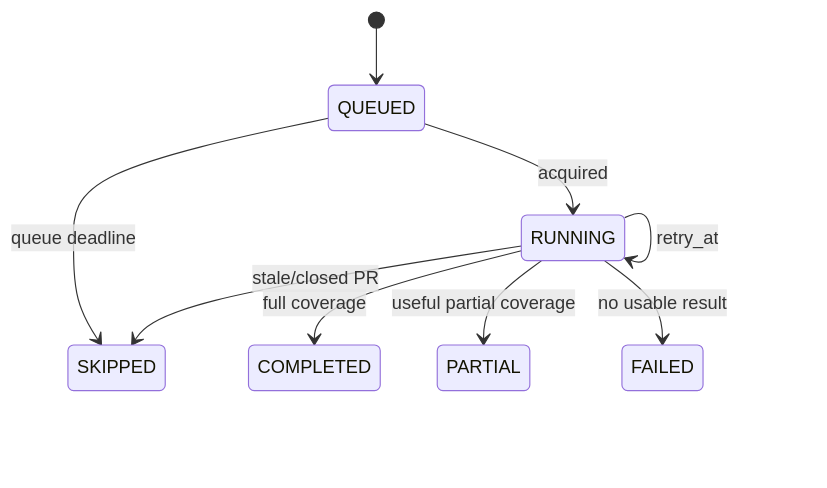
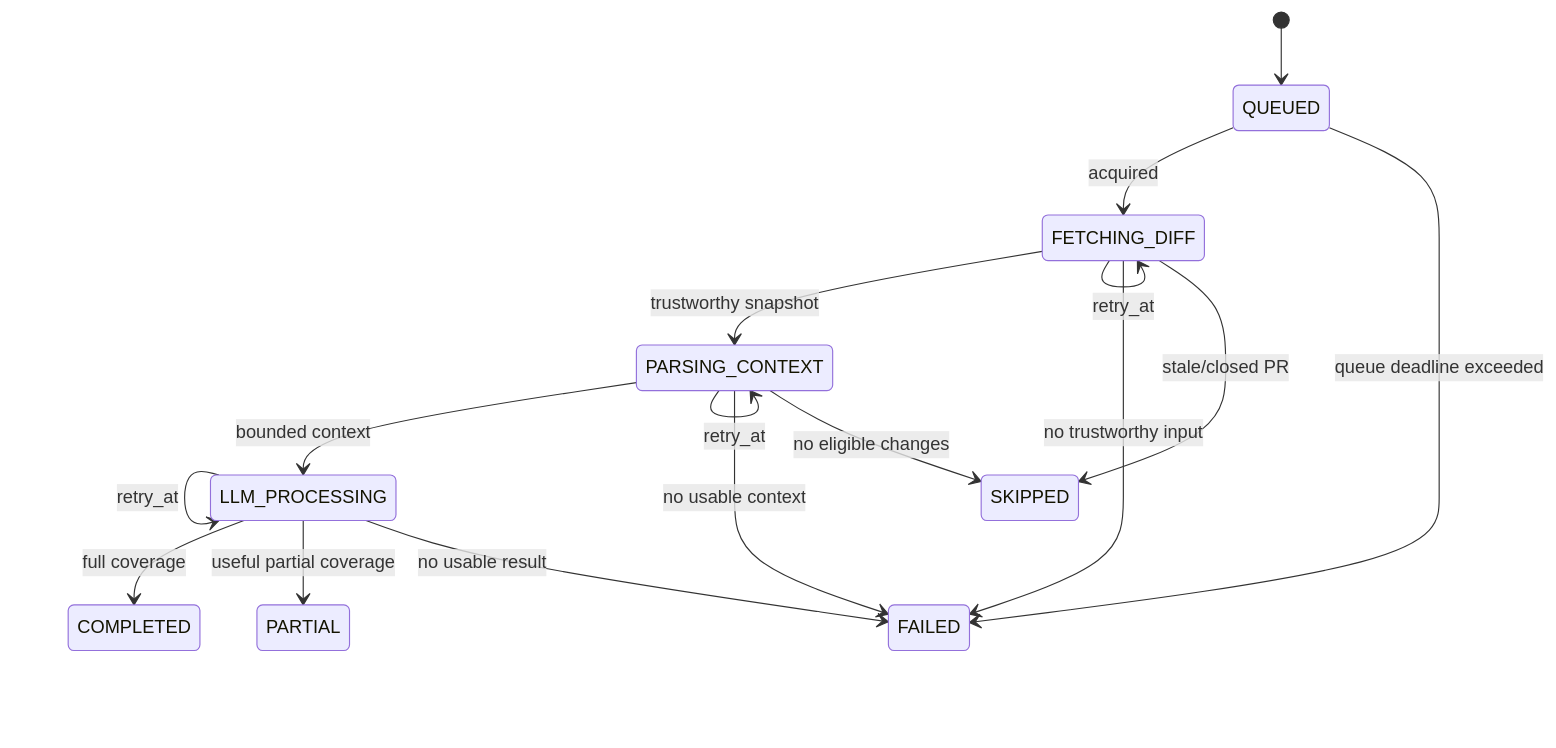
One commit to larchanka-training/dmc-268-ui-t2 changed the fourth of 7 diagrams in docs/SYSTEM_DESIGN.md. Above: the diagram before and after it, drawn with Mermaid. The commit also changed other lines of this file, not shown here.

````diff
--- a/docs/SYSTEM_DESIGN.md
+++ b/docs/SYSTEM_DESIGN.md
@@ -134,11 +144,18 @@
 ```mermaid
 stateDiagram-v2
     [*] --> QUEUED
-    QUEUED --> RUNNING: acquired
-    QUEUED --> SKIPPED: queue deadline
-    RUNNING --> RUNNING: retry_at
-    RUNNING --> COMPLETED: full coverage
-    RUNNING --> PARTIAL: useful partial coverage
-    RUNNING --> FAILED: no usable result
-    RUNNING --> SKIPPED: stale/closed PR
+    QUEUED --> FETCHING_DIFF: acquired
+    QUEUED --> FAILED: queue deadline exceeded
+    FETCHING_DIFF --> PARSING_CONTEXT: trustworthy snapshot
+    FETCHING_DIFF --> FETCHING_DIFF: retry_at
+    FETCHING_DIFF --> FAILED: no trustworthy input
+    FETCHING_DIFF --> SKIPPED: stale/closed PR
+    PARSING_CONTEXT --> LLM_PROCESSING: bounded context
+    PARSING_CONTEXT --> PARSING_CONTEXT: retry_at
+    PARSING_CONTEXT --> FAILED: no usable context
+    PARSING_CONTEXT --> SKIPPED: no eligible changes
+    LLM_PROCESSING --> LLM_PROCESSING: retry_at
+    LLM_PROCESSING --> COMPLETED: full coverage
+    LLM_PROCESSING --> PARTIAL: useful partial coverage
+    LLM_PROCESSING --> FAILED: no usable result
 ```
````
